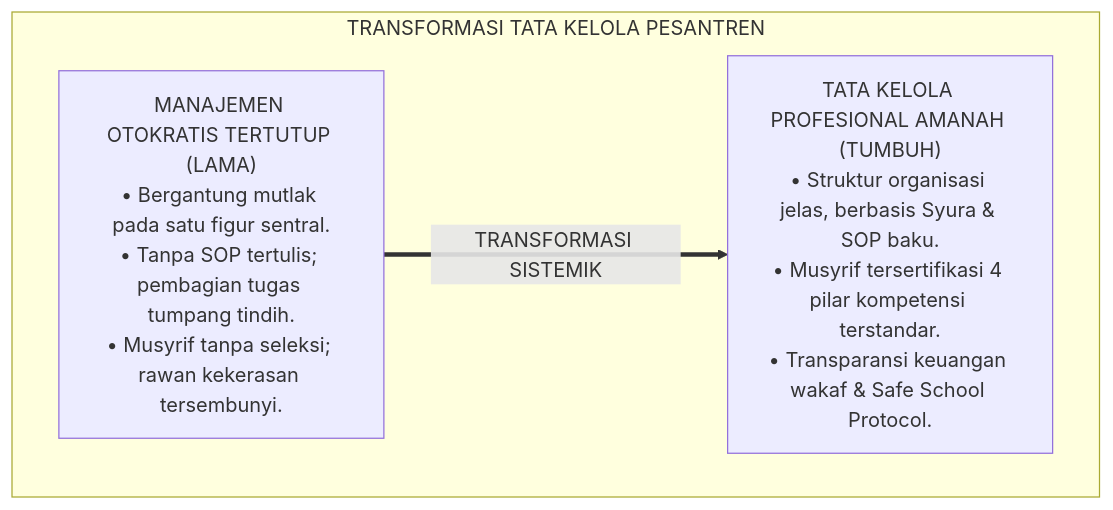
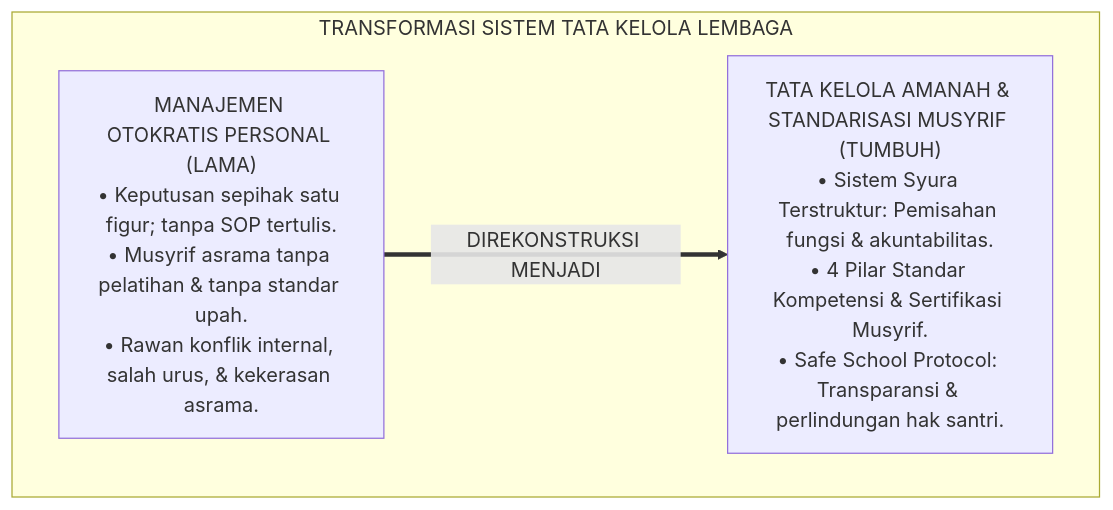
The first of 4 diagrams in 01 Philosophy/05 Leadership/P1-05-04-Tata-Kelola-Kelembagaan-dan-Standar-Musyrif.md (wandiapriliyandi/tumbuh), drawn with Mermaid before and after one commit. The commit also changed other lines of this file and 7 other files, not shown here.

````diff
--- a/01 Philosophy/05 Leadership/P1-05-04-Tata-Kelola-Kelembagaan-dan-Standar-Musyrif.md
+++ b/01 Philosophy/05 Leadership/P1-05-04-Tata-Kelola-Kelembagaan-dan-Standar-Musyrif.md
@@ -66,10 +56,10 @@
 ```mermaid
 flowchart TD
-    subgraph TransformasiTataKelolaPesantren["TRANSFORMASI TATA KELOLA PESANTREN"]
-        Otokratis["MANAJEMEN OTOKRATIS TERTUTUP (LAMA)<br/>• Bergantung mutlak pada satu figur sentral.<br/>• Tanpa SOP tertulis; pembagian tugas tumpang tindih.<br/>• Musyrif tanpa seleksi; rawan kekerasan tersembunyi."]
+    subgraph TransformasiTataKelolaPesantren["TRANSFORMASI SISTEM TATA KELOLA LEMBAGA"]
+        PolaOtokratisLama["MANAJEMEN OTOKRATIS PERSONAL (LAMA)<br/>• Keputusan sepihak satu figur; tanpa SOP tertulis.<br/>• Musyrif asrama tanpa pelatihan & tanpa standar upah.<br/>• Rawan konflik internal, salah urus, & kekerasan asrama."]
         
-        SistemTUMBUH["TATA KELOLA PROFESIONAL AMANAH (TUMBUH)<br/>• Struktur organisasi jelas, berbasis Syura & SOP baku.<br/>• Musyrif tersertifikasi 4 pilar kompetensi terstandar.<br/>• Transparansi keuangan wakaf & Safe School Protocol."]
+        PolaTataKelolaTUMBUH["TATA KELOLA AMANAH & STANDARISASI MUSYRIF (TUMBUH)<br/>• Sistem Syura Terstruktur: Pemisahan fungsi & akuntabilitas.<br/>• 4 Pilar Standar Kompetensi & Sertifikasi Musyrif.<br/>• Safe School Protocol: Transparansi & perlindungan hak santri."]
         
-        Otokratis ==>|TRANSFORMASI SISTEMIK| SistemTUMBUH
+        PolaOtokratisLama ==>|DIREKONSTRUKSI MENJADI| PolaTataKelolaTUMBUH
     end
 ```
````
